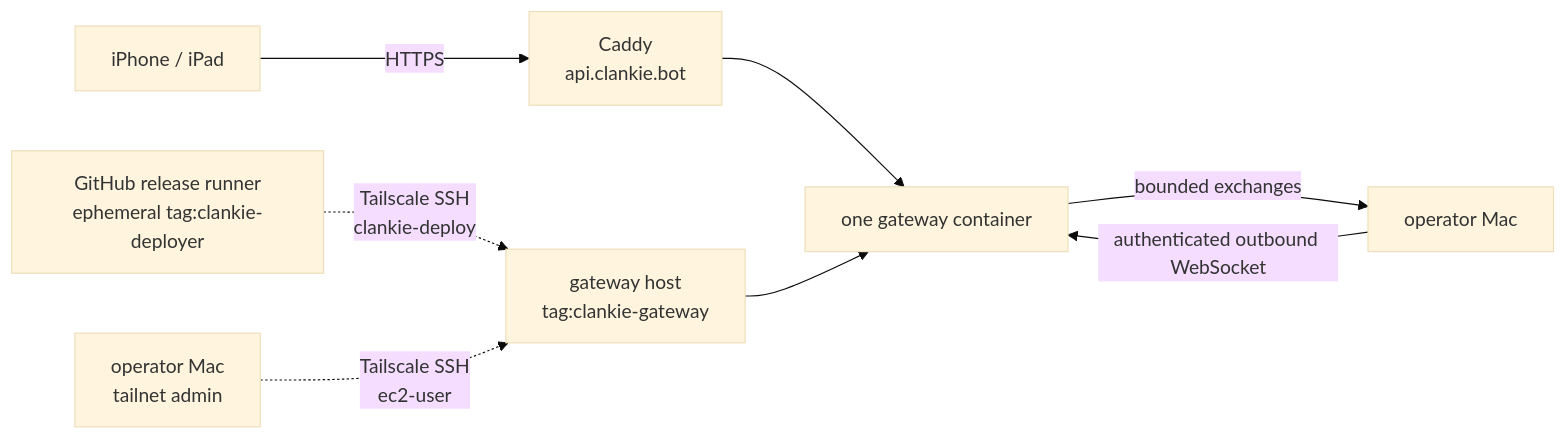
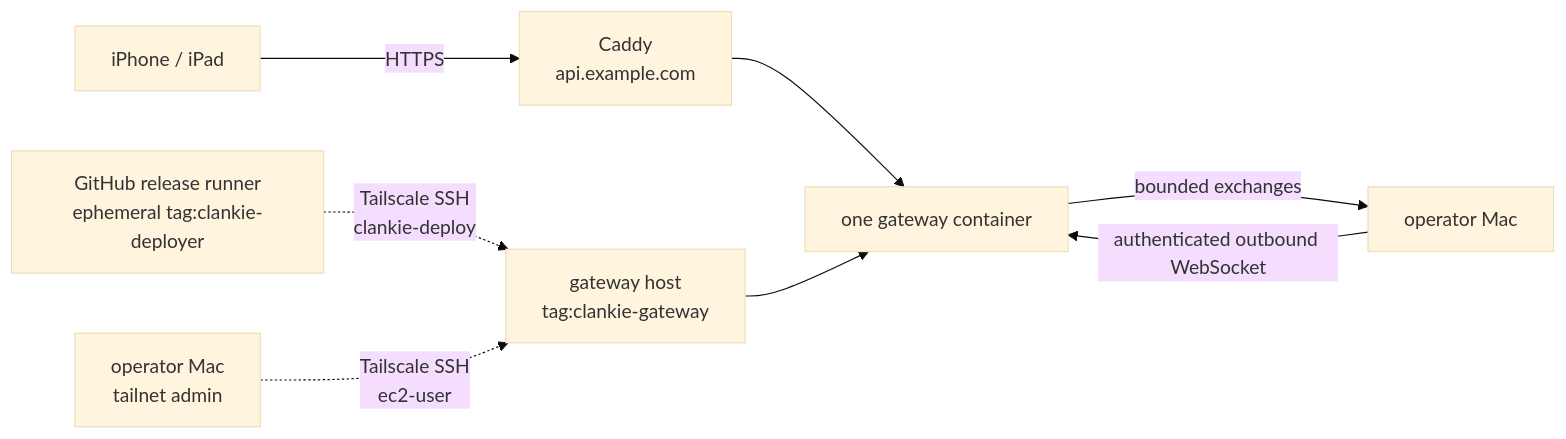
Before and after one commit to Volpestyle/clankie: the diagram in infra/aws/public-gateway/README.md, drawn with Mermaid (base theme). The commit also changed other lines of this file and 15 other files, not shown here.

````diff
--- a/infra/aws/public-gateway/README.md
+++ b/infra/aws/public-gateway/README.md
@@ -8,10 +11,10 @@
 ```mermaid
 flowchart LR
-  Device["iPhone / iPad"] -->|HTTPS| Caddy["Caddy<br/>api.clankie.bot"]
+  Device["iPhone / iPad"] -->|HTTPS| Caddy["Caddy<br/>api.example.com"]
   Caddy --> Gateway["one gateway container"]
   Mac["operator Mac"] -->|authenticated outbound WebSocket| Gateway
   Gateway -->|bounded exchanges| Mac
   Release["GitHub release runner<br/>ephemeral tag:clankie-deployer"] -.->|"Tailscale SSH<br/>clankie-deploy"| Host["gateway host<br/>tag:clankie-gateway"]
   Operator["operator Mac<br/>tailnet admin"] -.->|"Tailscale SSH<br/>ec2-user"| Host
   Host --> Gateway
 ```
````
